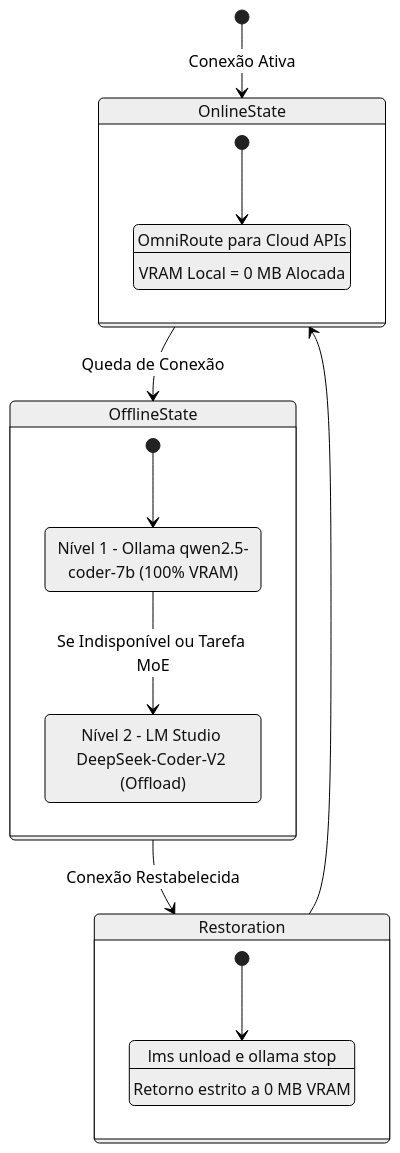
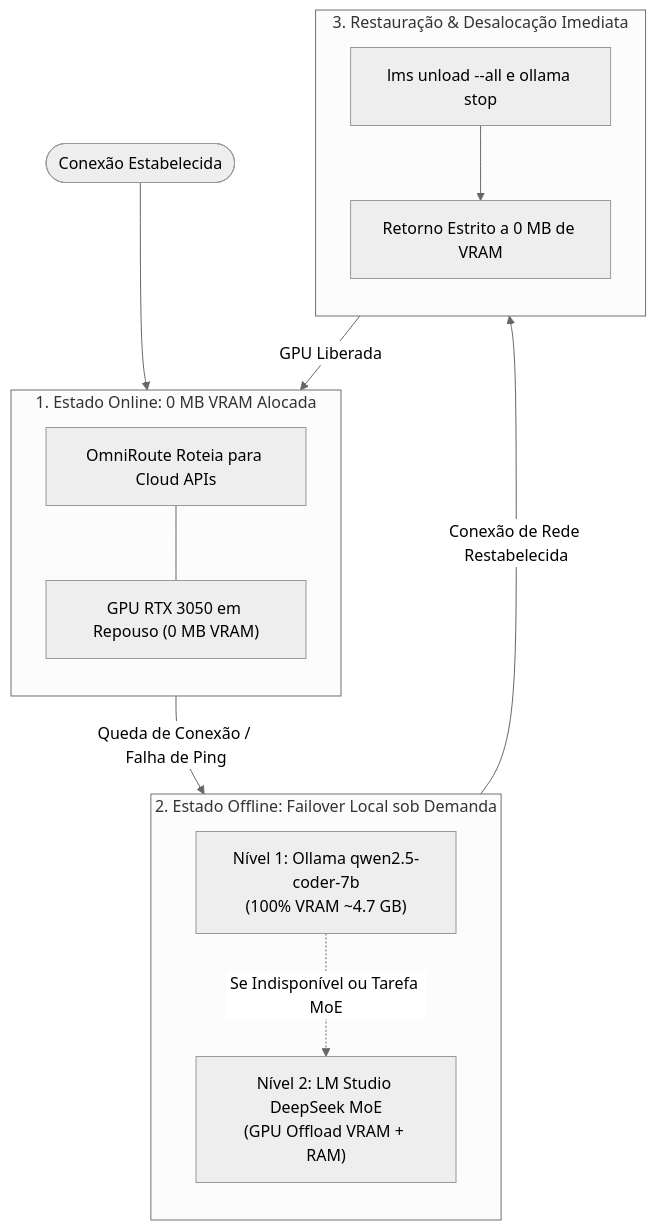
The second of 2 diagrams in docs/hybrid-inference-architecture.md (EnterDufter/PromptCoreLabs_AEOS), drawn with Mermaid (neutral theme) before and after one commit. The commit also changed 3 other files, not shown here.

Commit message:
fix: harmonize state diagram scale with inference flowchart, fix PNG thumbnails in Fase 6 cards and update badge to 25 diagrams

````diff
--- a/docs/hybrid-inference-architecture.md
+++ b/docs/hybrid-inference-architecture.md
@@ -59,29 +59,31 @@
 ```mermaid
-stateDiagram-v2
-    [*] --> OnlineState : Conexão Ativa
-    
-    state OnlineState {
-        [*] --> CloudRouting
-        CloudRouting : OmniRoute para Cloud APIs
-        CloudRouting : VRAM Local = 0 MB Alocada
-    }
-    
-    OnlineState --> OfflineState : Queda de Conexão
-    
-    state OfflineState {
-        [*] --> FailoverNivel1
-        FailoverNivel1 : Nível 1 - Ollama qwen2.5-coder-7b (100% VRAM)
-        FailoverNivel1 --> FailoverNivel2 : Se Indisponível ou Tarefa MoE
-        FailoverNivel2 : Nível 2 - LM Studio DeepSeek-Coder-V2 (Offload)
-    }
-    
-    OfflineState --> Restoration : Conexão Restabelecida
-    
-    state Restoration {
-        [*] --> UnloadModels
-        UnloadModels : lms unload e ollama stop
-        UnloadModels : Retorno estrito a 0 MB VRAM
-    }
-    
-    Restoration --> OnlineState
+flowchart TD
+    Start([Conexão Estabelecida]) --> OnlineState
+
+    subgraph OnlineState [1. Estado Online: 0 MB VRAM Alocada]
+        direction TB
+        CloudRouting["OmniRoute Roteia para Cloud APIs"]
+        ZeroVRAM["GPU RTX 3050 em Repouso (0 MB VRAM)"]
+        CloudRouting --- ZeroVRAM
+    end
+
+    OnlineState -->|Queda de Conexão / Falha de Ping| OfflineState
+
+    subgraph OfflineState [2. Estado Offline: Failover Local sob Demanda]
+        direction TB
+        FailoverL1["Nível 1: Ollama qwen2.5-coder-7b<br>(100% VRAM ~4.7 GB)"]
+        FailoverL2["Nível 2: LM Studio DeepSeek MoE<br>(GPU Offload VRAM + RAM)"]
+        FailoverL1 -.->|Se Indisponível ou Tarefa MoE| FailoverL2
+    end
+
+    OfflineState -->|Conexão de Rede Restabelecida| Restoration
+
+    subgraph Restoration [3. Restauração & Desalocação Imediata]
+        direction TB
+        UnloadModels["lms unload --all e ollama stop"]
+        ResetZero["Retorno Estrito a 0 MB de VRAM"]
+        UnloadModels --> ResetZero
+    end
+
+    Restoration -->|GPU Liberada| OnlineState
 ```
````
